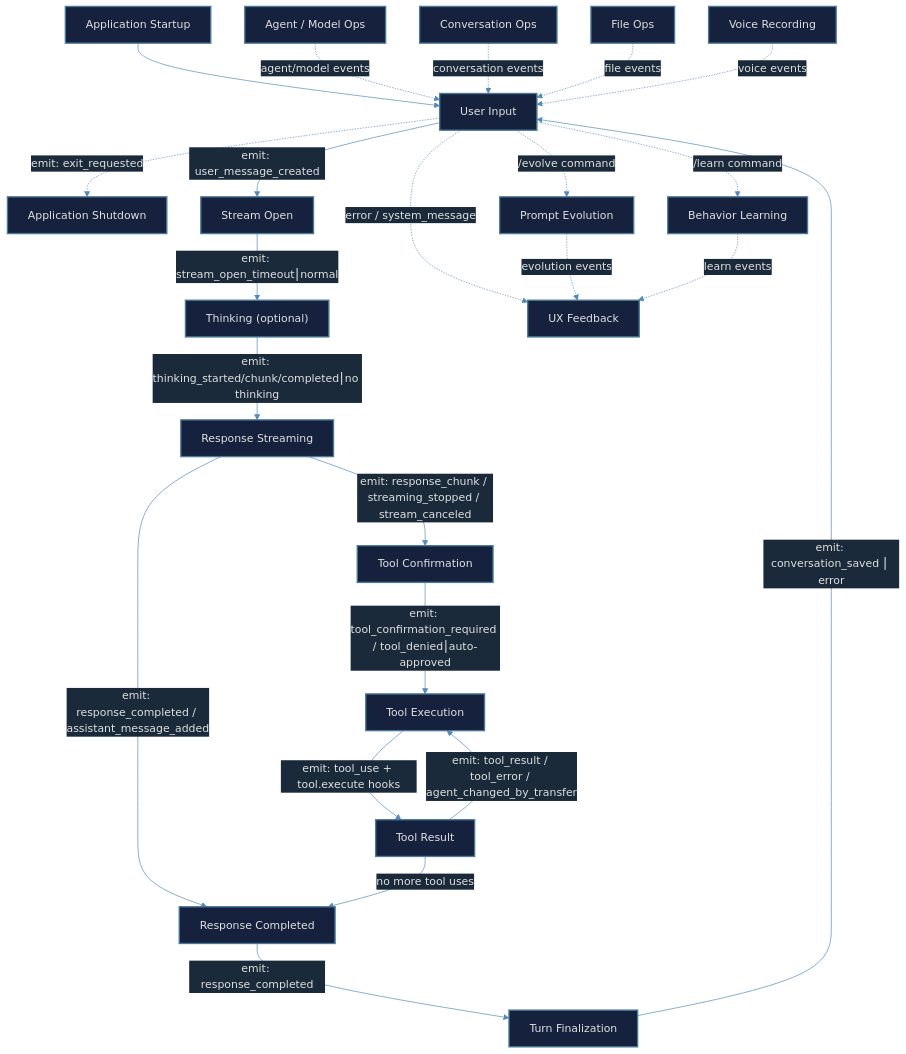
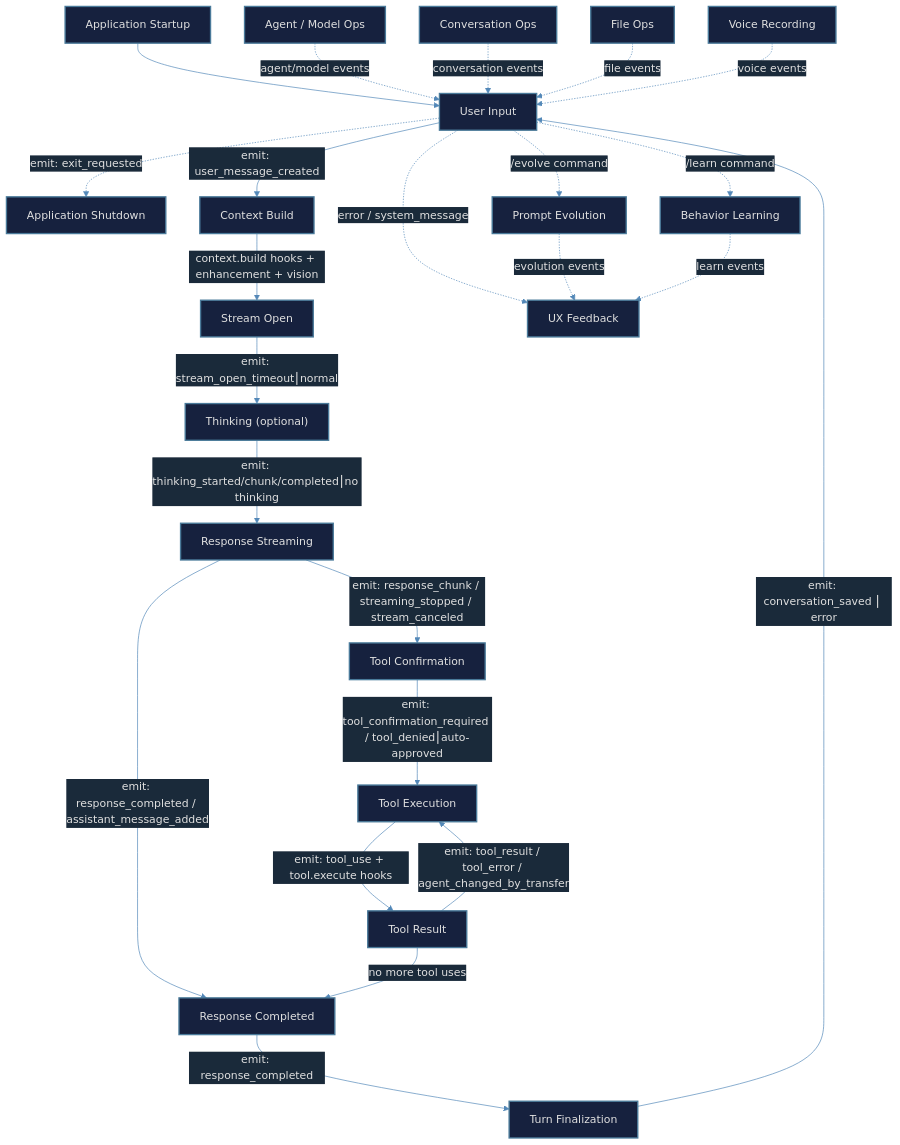
The diagram in GUIDE_WORKFLOWS.md (saigontechnology/AgentCrew), drawn with Mermaid before and after one commit. The commit also changed other lines of this file and 4 other files, not shown here.

Commit message:
feat(hooks): wired context.build hook

````diff
--- a/GUIDE_WORKFLOWS.md
+++ b/GUIDE_WORKFLOWS.md
@@ -528,56 +528,58 @@
 ```mermaid
 %%{init: {'theme': 'base', 'themeVariables': {
   'primaryColor': '#0d1b2a',
   'primaryTextColor': '#e0e0e0',
   'lineColor': '#5388b8',
   'primaryBorderColor': '#3a7a9a',
   'secondaryColor': '#1a2a3a',
   'tertiaryColor': '#1a3a2a'
 }}}%%
 
 flowchart TD
     STARTUP["Application Startup"]:::phase
     SHUTDOWN["Application Shutdown"]:::phase
     USER_INPUT["User Input"]:::phase
+    CONTEXT_BUILD["Context Build"]:::phase
     STREAM_OPEN["Stream Open"]:::phase
     THINKING["Thinking (optional)"]:::phase
     RESPONSE_STREAM["Response Streaming"]:::phase
     TOOL_CONFIRM["Tool Confirmation"]:::phase
     TOOL_EXEC["Tool Execution"]:::phase
     TOOL_RESULT_PHASE["Tool Result"]:::phase
     RESPONSE_DONE["Response Completed"]:::phase
     TURN_FINALIZE["Turn Finalization"]:::phase
     AGENT_OPS["Agent / Model Ops"]:::phase
     CONV_OPS["Conversation Ops"]:::phase
     FILE_OPS["File Ops"]:::phase
     EVOLUTION["Prompt Evolution"]:::phase
     LEARNING["Behavior Learning"]:::phase
     VOICE["Voice Recording"]:::phase
     UX_FEEDBACK["UX Feedback"]:::phase
 
     STARTUP --> USER_INPUT
-    USER_INPUT -->|"emit: user_message_created"| STREAM_OPEN
+    USER_INPUT -->|"emit: user_message_created"| CONTEXT_BUILD
+    CONTEXT_BUILD -->|"context.build hooks + enhancement + vision"| STREAM_OPEN
     STREAM_OPEN -->|"emit: stream_open_timeout⎮normal"| THINKING
     THINKING -->|"emit: thinking_started/chunk/completed⎮no thinking"| RESPONSE_STREAM
     RESPONSE_STREAM -->|"emit: response_chunk / streaming_stopped / stream_canceled"| TOOL_CONFIRM
     RESPONSE_STREAM -->|"emit: response_completed / assistant_message_added"| RESPONSE_DONE
     TOOL_CONFIRM -->|"emit: tool_confirmation_required / tool_denied⎮auto-approved"| TOOL_EXEC
     TOOL_EXEC -->|"emit: tool_use + tool.execute hooks"| TOOL_RESULT_PHASE
     TOOL_RESULT_PHASE -->|"emit: tool_result / tool_error / agent_changed_by_transfer"| TOOL_EXEC
     TOOL_RESULT_PHASE -->|"no more tool uses"| RESPONSE_DONE
     RESPONSE_DONE -->|"emit: response_completed"| TURN_FINALIZE
     TURN_FINALIZE -->|"emit: conversation_saved ⎮ error"| USER_INPUT
 
     AGENT_OPS -.->|"agent/model events"| USER_INPUT
     CONV_OPS -.->|"conversation events"| USER_INPUT
     FILE_OPS -.->|"file events"| USER_INPUT
     USER_INPUT -.->|"/evolve command"| EVOLUTION
     USER_INPUT -.->|"/learn command"| LEARNING
     USER_INPUT -.->|"error / system_message"| UX_FEEDBACK
     EVOLUTION -.->|"evolution events"| UX_FEEDBACK
     LEARNING -.->|"learn events"| UX_FEEDBACK
     USER_INPUT -.->|"emit: exit_requested"| SHUTDOWN
     VOICE -.->|"voice events"| USER_INPUT
 
     classDef phase fill:#16213e,stroke:#4a7a9a,color:#e0e0e0,stroke-width:2px;
 ```
````
